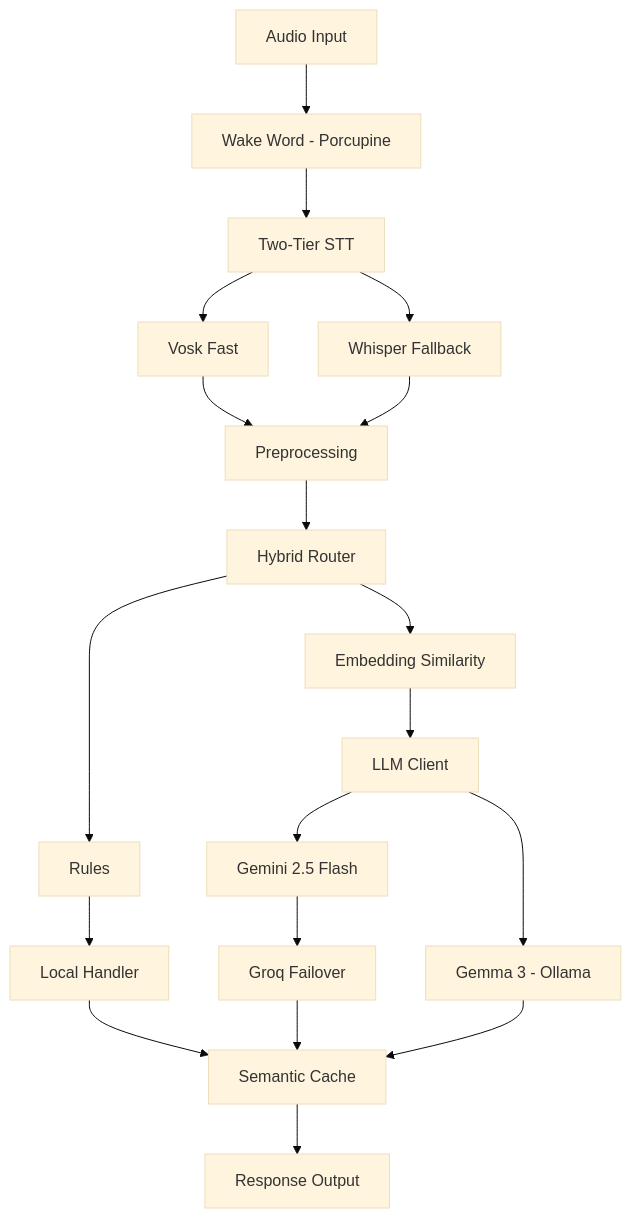
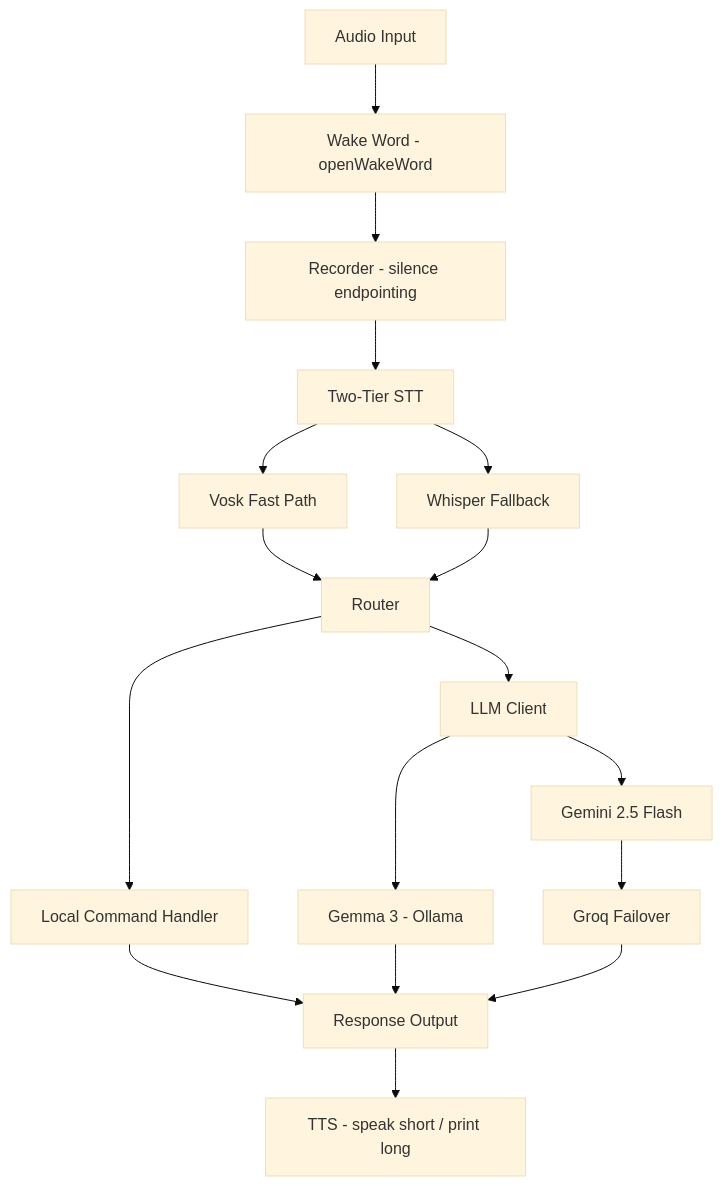
Before and after one commit to HarshaKoushikTeja/M_Assist: the diagram in README.md, drawn with Mermaid (base theme). The commit also changed other lines of this file and 7 other files, not shown here.

Commit message:
Stage 4: full voice loop (wake -> STT -> LLM -> TTS) + on-demand conversation saving

````diff
--- a/README.md
+++ b/README.md
@@ -35,29 +43,25 @@
 ```mermaid
 flowchart TD
-    A[Audio Input] --> B[Wake Word - Porcupine]
-    B --> C[Two-Tier STT]
+    A[Audio Input] --> B[Wake Word - openWakeWord]
+    B --> C[Recorder - silence endpointing]
+    C --> D[Two-Tier STT]
 
-    C --> D[Vosk Fast]
-    C --> E[Whisper Fallback]
+    D --> E[Vosk Fast Path]
+    D --> F[Whisper Fallback]
 
-    D --> F[Preprocessing]
-    E --> F
+    E --> G[Router]
+    F --> G
 
-    F --> G[Hybrid Router]
+    G --> H[Local Command Handler]
+    G --> I[LLM Client]
 
-    G --> H[Rules]
-    G --> I[Embedding Similarity]
+    I --> J[Gemma 3 - Ollama]
+    I --> K[Gemini 2.5 Flash]
+    K --> L[Groq Failover]
 
-    H --> J[Local Handler]
-    I --> K[LLM Client]
+    H --> M[Response Output]
+    J --> M
+    L --> M
 
-    K --> L[Gemma 3 - Ollama]
-    K --> M[Gemini 2.5 Flash]
-    M --> N[Groq Failover]
-
-    J --> O[Semantic Cache]
-    N --> O
-    L --> O
-
-    O --> P[Response Output]
+    M --> N[TTS - speak short / print long]
 ```
````
